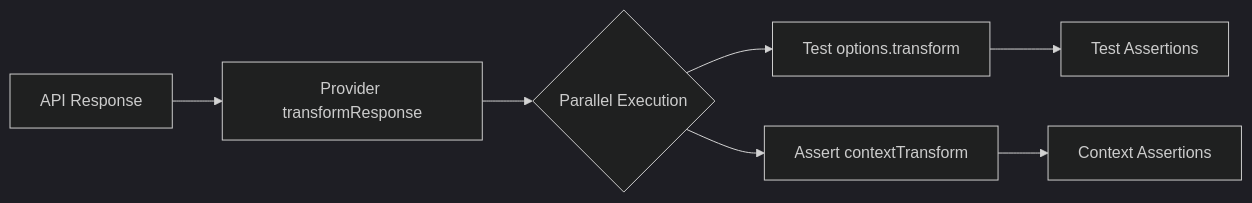
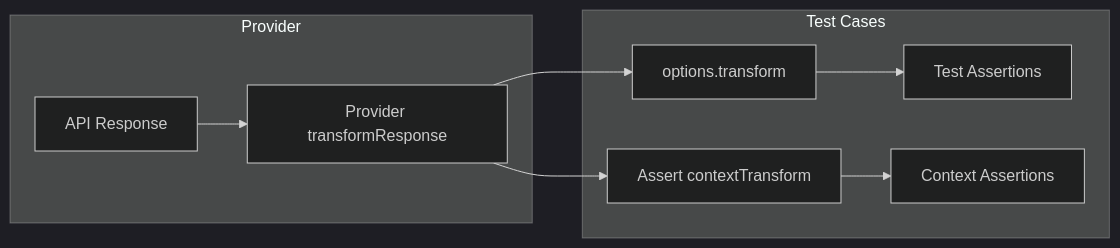
One commit to promptfoo/promptfoo changed the diagram in site/docs/configuration/reference.md. Above: the diagram before and after it, drawn with Mermaid (dark theme). The commit also changed other lines of this file, not shown here.

Commit message:
chore: Improves execution flow diagram

````diff
--- a/site/docs/configuration/reference.md
+++ b/site/docs/configuration/reference.md
@@ -442,9 +442,20 @@
 ```mermaid
 graph LR
+    subgraph Provider
+      A
+      B
+    end
+
+    subgraph Test Cases
+      D
+      E
+      F
+      G
+    end
+
     A[API Response] --> B[Provider transformResponse]
-    B --> C{Parallel Execution}
-    C --> D[Test options.transform]
-    C --> E[Assert contextTransform]
+    B --> D[options.transform]
+    B --> E[Assert contextTransform]
     D --> F[Test Assertions]
     E --> G[Context Assertions]
 ```
````
